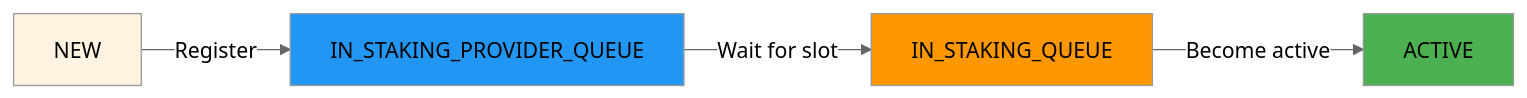
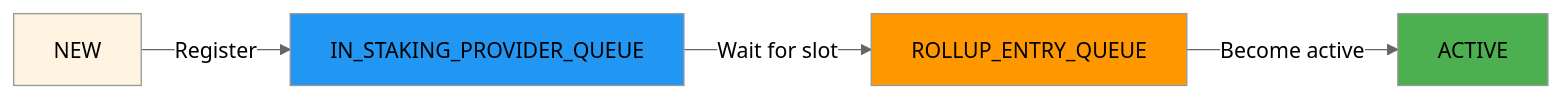
One commit to aztec-scan/aztec-butler changed the second of 2 diagrams in docs/operator-guide/phase-5.md. Above: the diagram before and after it, drawn with Mermaid (neutral theme). The commit also changed other lines of this file and 6 other files, not shown here.

````diff
--- a/docs/operator-guide/phase-5.md
+++ b/docs/operator-guide/phase-5.md
@@ -209,11 +209,11 @@
 ```mermaid
 flowchart LR
     A[NEW] -->|Register| B[IN_STAKING_PROVIDER_QUEUE]
-    B -->|Wait for slot| C[IN_STAKING_QUEUE]
+    B -->|Wait for slot| C[ROLLUP_ENTRY_QUEUE]
     C -->|Become active| D[ACTIVE]
 
     style A fill:#fff4e1
     style B fill:#2196F3
     style C fill:#FF9800
     style D fill:#4CAF50
 ```
````
